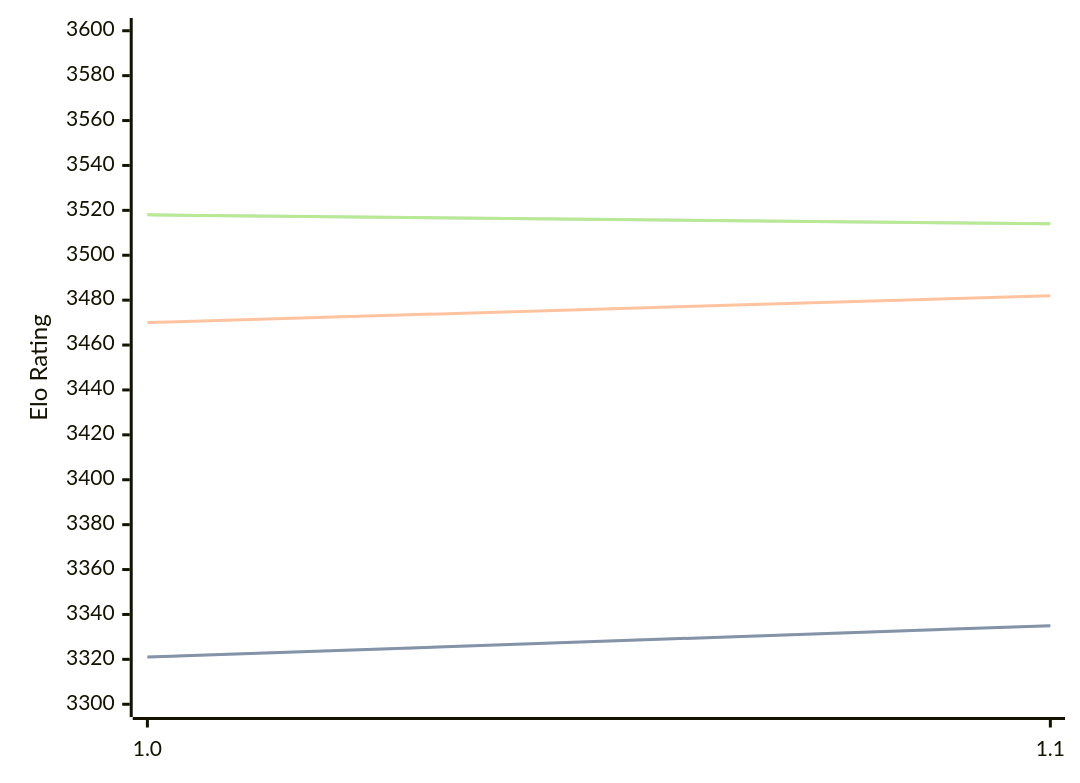
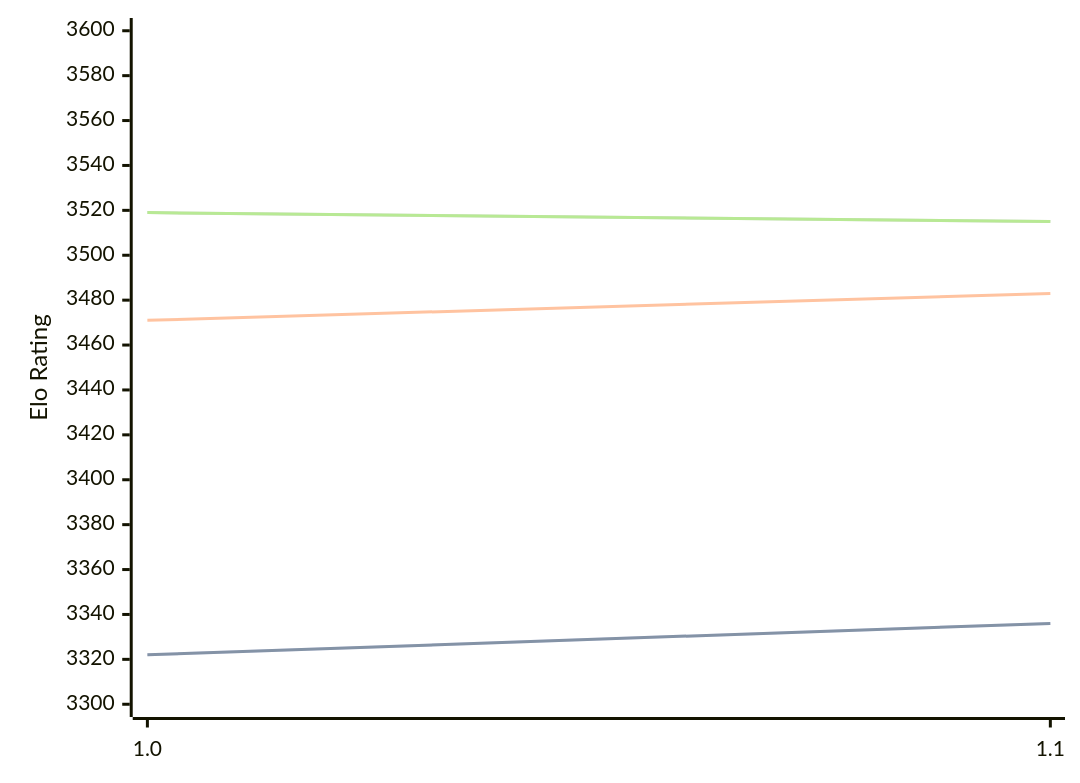
One commit to computer-chess-index/cci changed the third of 3 diagrams in engines/Horsie.md. Above: the diagram before and after it, drawn with Mermaid. The commit also changed other lines of this file, not shown here.

Commit message:
Update CCI Ratings (ELO VLTC) - 2026-06-23

````diff
--- a/engines/Horsie.md
+++ b/engines/Horsie.md
@@ -65,11 +65,11 @@
 ```mermaid
 %%{init: {"theme":"base","themeVariables":{"seriesColors:['#a3a3a3','#222221','#faa371']}}}%%
 xychart-beta
   x-axis ["1.0", "1.1"]
   y-axis "Elo Rating" 3300 --> 3600
-  line "STC (8.0+0.08s)" [3321, 3335]
-  line "STC (8.0+0.08s)" [3321, 3335]
-  line "LTC (60.0+0.60s)" [3470, 3482]
-  line "VLTC (2m24s+1.12s)" [3518, 3514]
-  line "VLTC (2m24s+1.12s)" [3518, 3514]
+  line "STC (8.0+0.08s)" [3322, 3336]
+  line "STC (8.0+0.08s)" [3322, 3336]
+  line "LTC (60.0+0.60s)" [3471, 3483]
+  line "VLTC (2m24s+1.12s)" [3519, 3515]
+  line "VLTC (2m24s+1.12s)" [3519, 3515]
 ```
````
